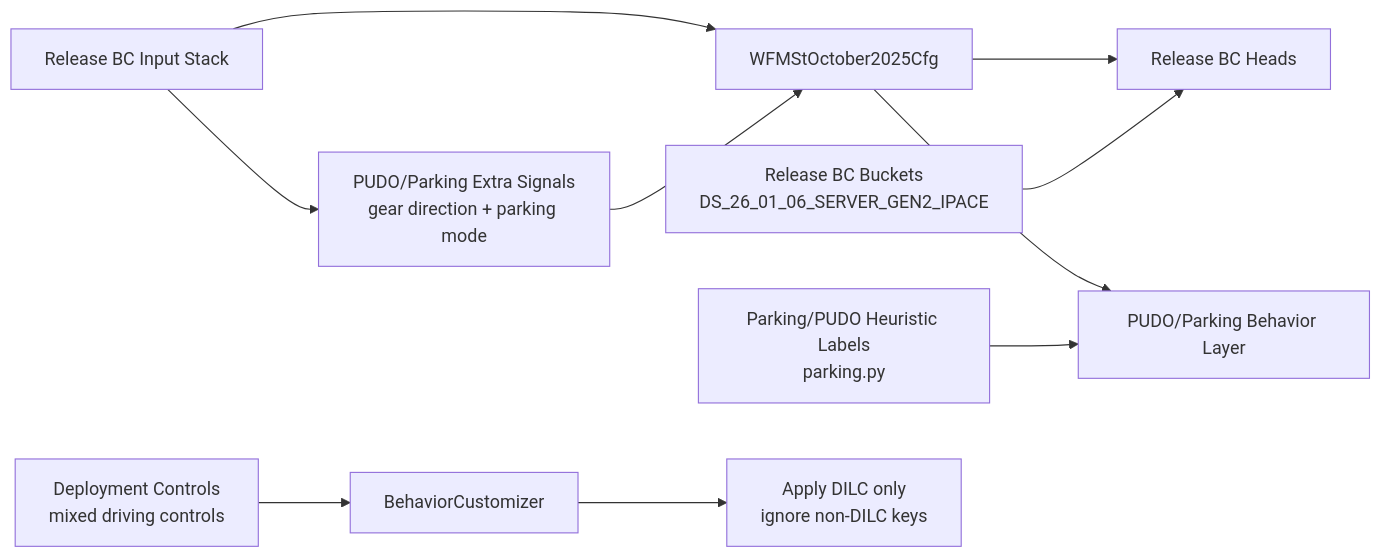
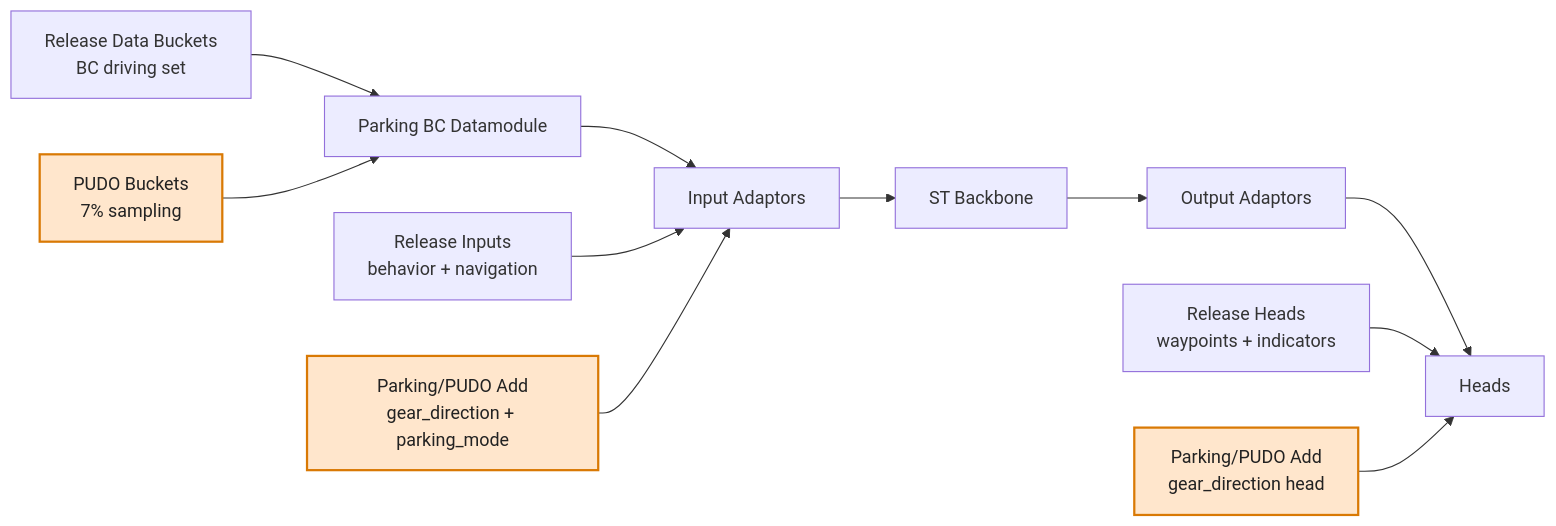
The diagram in newsletters/newsletter_pudo-update-current-driving-release.md (borisindelman-oss/vault), drawn with Mermaid before and after one commit. The commit also changed other lines of this file, not shown here.

````diff
--- a/newsletters/newsletter_pudo-update-current-driving-release.md
+++ b/newsletters/newsletter_pudo-update-current-driving-release.md
@@ -41,14 +23,19 @@
 ```mermaid
 flowchart LR
-    A[Release BC Input Stack] --> B[WFMStOctober2025Cfg]
-    B --> C[Release BC Heads]
-    D[Release BC Buckets<br/>DS_26_01_06_SERVER_GEN2_IPACE] --> C
+    A[Release Data Buckets<br/>BC driving set] --> B[Parking BC Datamodule]
+    A2[PUDO Buckets<br/>7% sampling] --> B
 
-    A --> E[PUDO/Parking Extra Signals<br/>gear direction + parking mode]
-    E --> B
-    B --> F[PUDO/Parking Behavior Layer]
-    G[Parking/PUDO Heuristic Labels<br/>parking.py] --> F
+    B --> C[Input Adaptors]
+    C --> D[ST Backbone]
+    D --> E[Output Adaptors]
+    E --> F[Heads]
 
-    H[Deployment Controls<br/>mixed driving controls] --> I[BehaviorCustomizer]
-    I --> J[Apply DILC only<br/>ignore non-DILC keys]
+    C1[Release Inputs<br/>behavior + navigation] --> C
+    C2[Parking/PUDO Add<br/>gear_direction + parking_mode] --> C
+
+    F1[Release Heads<br/>waypoints + indicators] --> F
+    F2[Parking/PUDO Add<br/>gear_direction head] --> F
+
+    classDef add fill:#ffe6cc,stroke:#d97904,color:#222,stroke-width:2px;
+    class A2,C2,F2 add;
 ```
````
